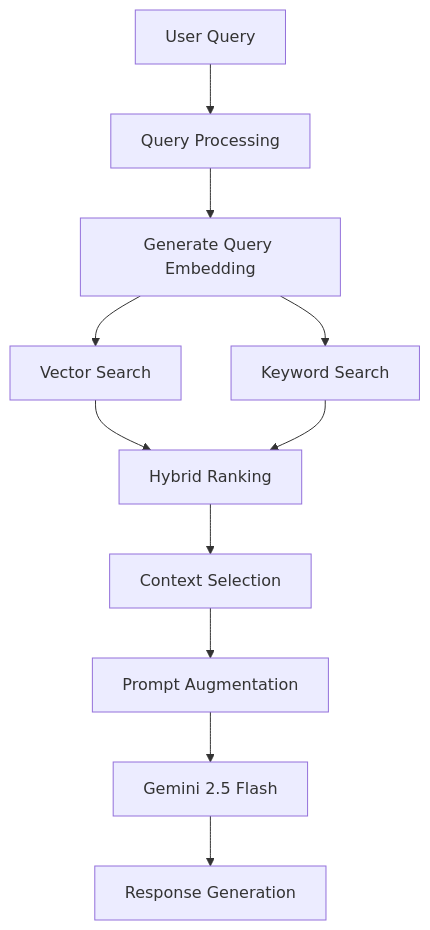
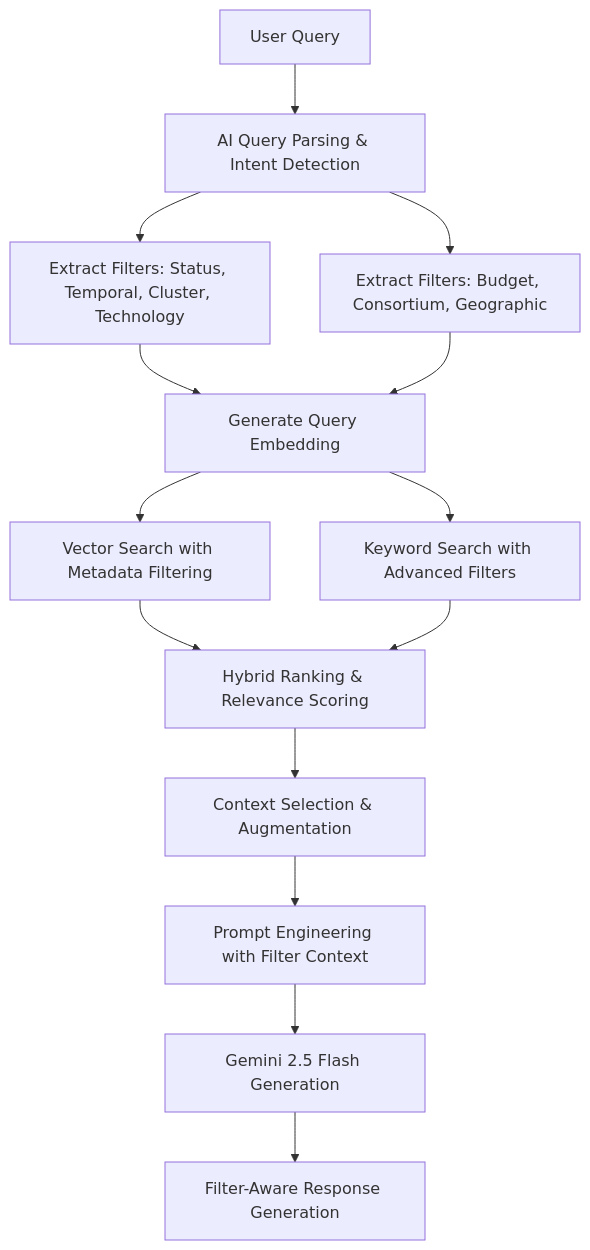
Before and after one commit to MAPIT-Project/MAP-IT_SA: the second of 2 diagrams in docs/horizon_europe_rag_architecture.md, drawn with Mermaid. The commit also changed other lines of this file and 11 other files, not shown here.

First line of the commit message:
feat: Enhance AI query parsing and retrieval pipeline for Horizon Europe

````diff
--- a/docs/horizon_europe_rag_architecture.md
+++ b/docs/horizon_europe_rag_architecture.md
@@ -85,13 +85,16 @@
 ```mermaid
 graph TD
-    A[User Query] --> B[Query Processing]
-    B --> C[Generate Query Embedding]
-    C --> D[Vector Search]
-    C --> E[Keyword Search]
-    D --> F[Hybrid Ranking]
-    E --> F
-    F --> G[Context Selection]
-    G --> H[Prompt Augmentation]
-    H --> I[Gemini 2.5 Flash]
-    I --> J[Response Generation]
+    A[User Query] --> B[AI Query Parsing & Intent Detection]
+    B --> C[Extract Filters: Status, Temporal, Cluster, Technology]
+    B --> D[Extract Filters: Budget, Consortium, Geographic]
+    C --> E[Generate Query Embedding]
+    D --> E
+    E --> F[Vector Search with Metadata Filtering]
+    E --> G[Keyword Search with Advanced Filters]
+    F --> H[Hybrid Ranking & Relevance Scoring]
+    G --> H
+    H --> I[Context Selection & Augmentation]
+    I --> J[Prompt Engineering with Filter Context]
+    J --> K[Gemini 2.5 Flash Generation]
+    K --> L[Filter-Aware Response Generation]
 ```
````
